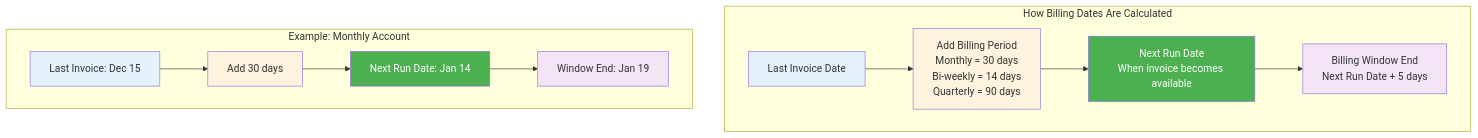
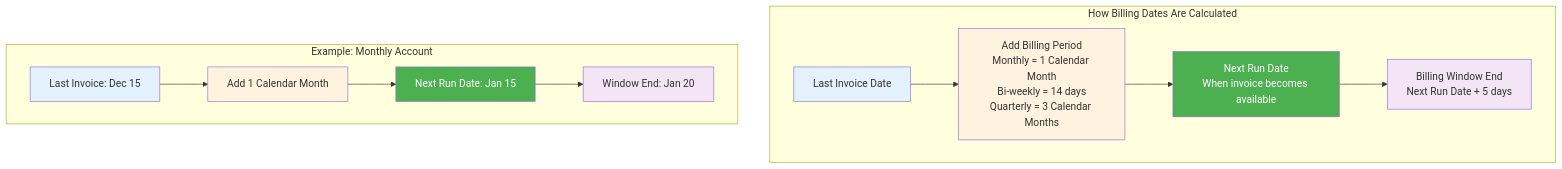
One commit to lcassin/Scheduler_Platform changed the diagram in Documents/Business/diagrams/adr-timing-calculation.mmd. Above: the diagram before and after it, drawn with Mermaid. The commit also changed 2 other files, not shown here.

```diff
--- a/Documents/Business/diagrams/adr-timing-calculation.mmd
+++ b/Documents/Business/diagrams/adr-timing-calculation.mmd
@@ -1,21 +1,21 @@
 flowchart TB
     subgraph "How Billing Dates Are Calculated"
-        A[Last Invoice Date] --> B[Add Billing Period<br/>Monthly = 30 days<br/>Bi-weekly = 14 days<br/>Quarterly = 90 days]
+        A[Last Invoice Date] --> B[Add Billing Period<br/>Monthly = 1 Calendar Month<br/>Bi-weekly = 14 days<br/>Quarterly = 3 Calendar Months]
         B --> C[Next Run Date<br/>When invoice becomes available]
         C --> D[Billing Window End<br/>Next Run Date + 5 days]
     end
     
     subgraph "Example: Monthly Account"
-        E[Last Invoice: Dec 15] --> F[Add 30 days]
-        F --> G[Next Run Date: Jan 14]
-        G --> H[Window End: Jan 19]
+        E[Last Invoice: Dec 15] --> F[Add 1 Calendar Month]
+        F --> G[Next Run Date: Jan 15]
+        G --> H[Window End: Jan 20]
     end
     
     style A fill:#e3f2fd
     style B fill:#fff3e0
     style C fill:#4CAF50,color:white
     style D fill:#f3e5f5
     style E fill:#e3f2fd
     style F fill:#fff3e0
     style G fill:#4CAF50,color:white
     style H fill:#f3e5f5
```
